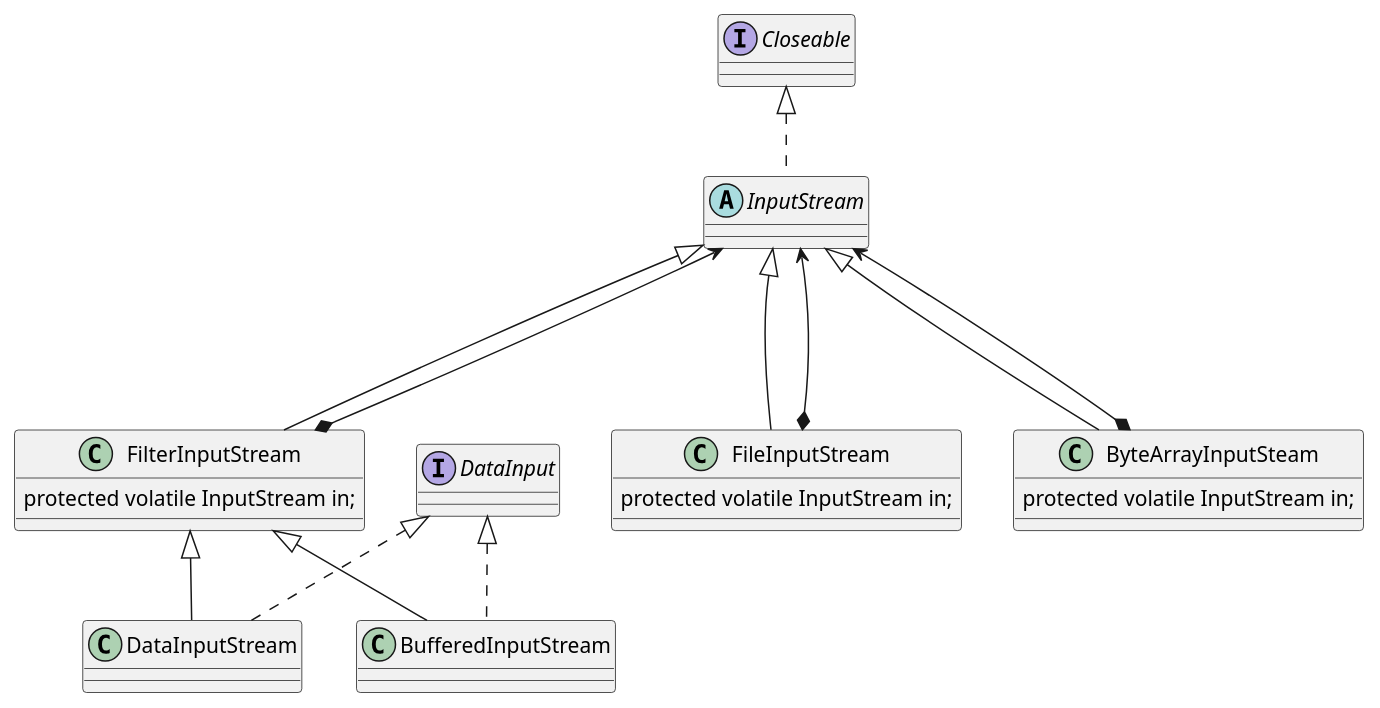
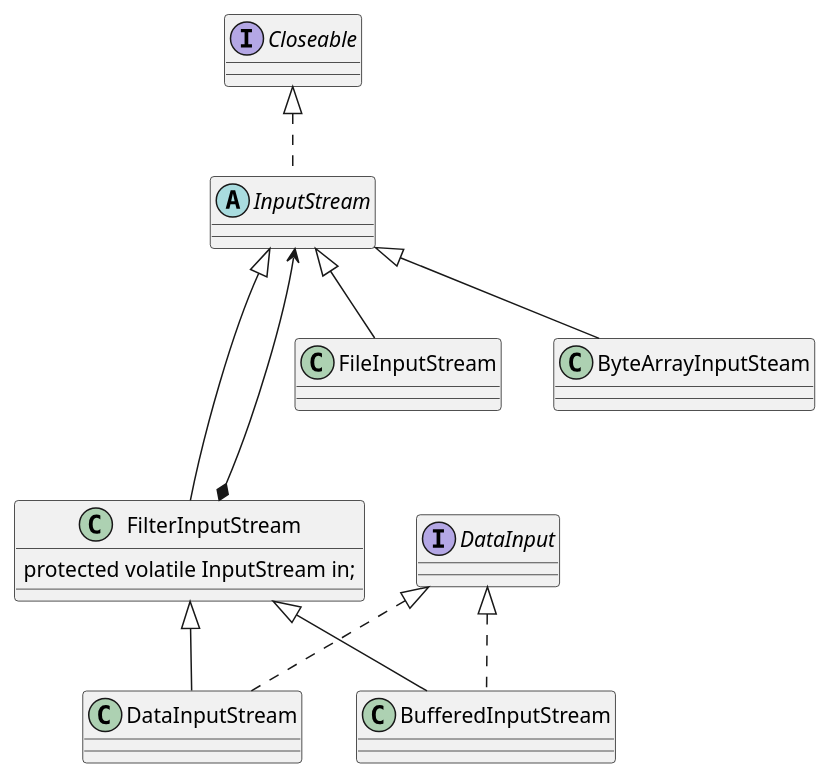
The diagram in src/main/java/com/wzy/decorator/inputstream.puml (wangzy0327/talk-design-pattern), drawn with PlantUML before and after one commit. The commit also changed 4 other files, not shown here.

```diff
--- a/src/main/java/com/wzy/decorator/inputstream.puml
+++ b/src/main/java/com/wzy/decorator/inputstream.puml
@@ -1,26 +1,26 @@
 @startuml
 'https://plantuml.com/class-diagram
 
 abstract class InputStream implements Closeable{}
 class FilterInputStream extends InputStream{
     protected volatile InputStream in;
 }
 class FileInputStream extends InputStream{
-    protected volatile InputStream in;
+
 }
 class ByteArrayInputSteam extends InputStream{
-    protected volatile InputStream in;
+
 }
 class DataInputStream extends FilterInputStream implements DataInput{
 }
 
 class BufferedInputStream extends FilterInputStream implements DataInput{
 }
 
-FileInputStream *---> InputStream
+
 FilterInputStream *---> InputStream
-ByteArrayInputSteam *---> InputStream
+
 
 
 
 @enduml
```
